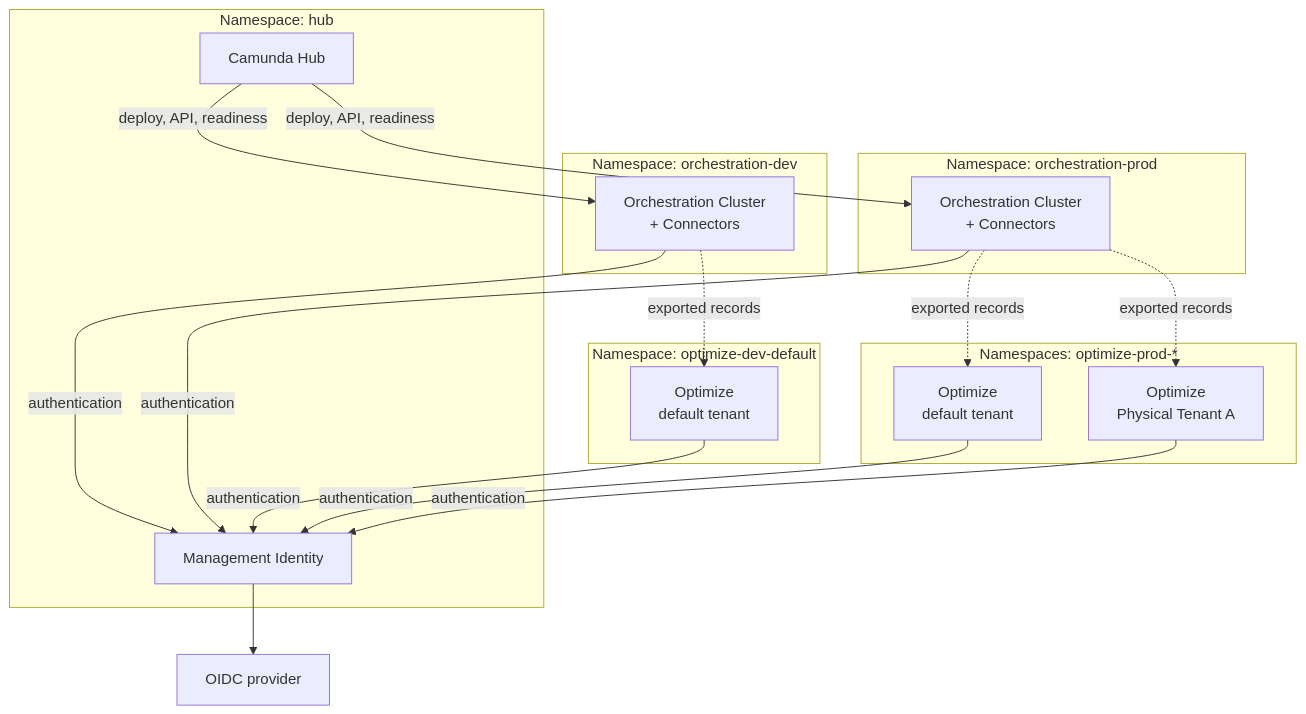
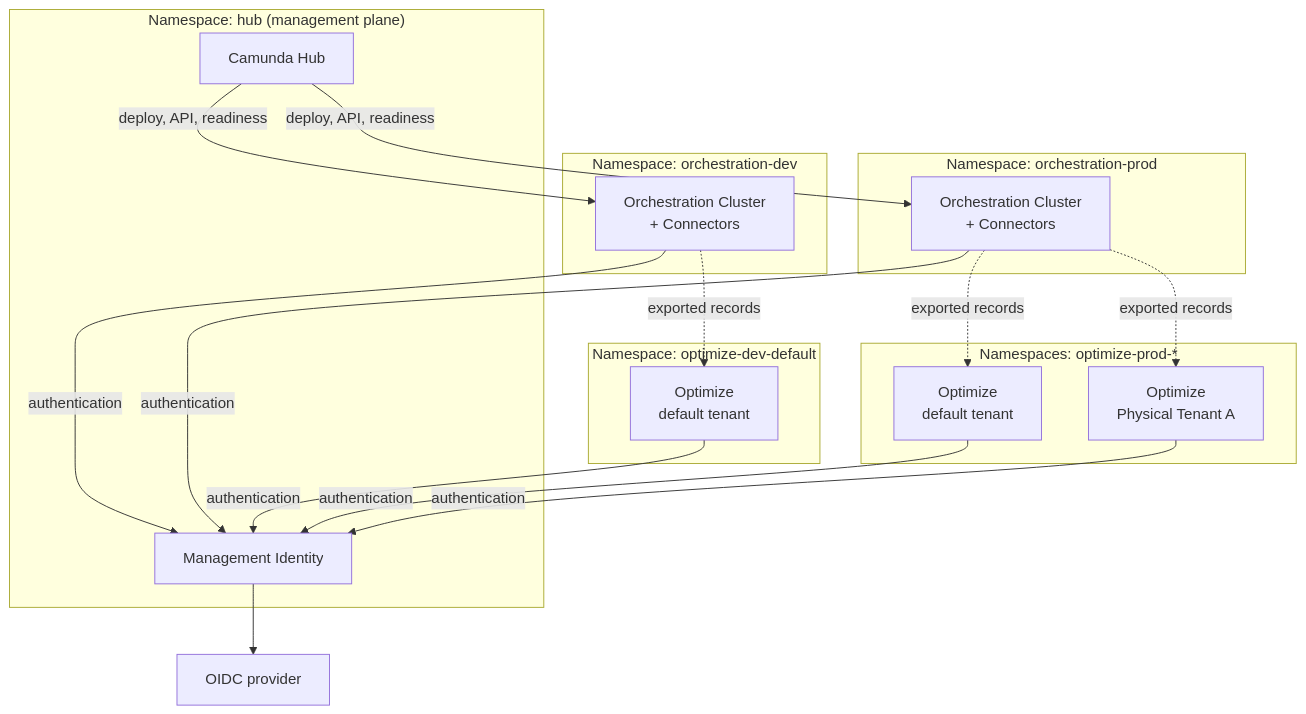
Before and after one commit to camunda/camunda-docs: the diagram in docs/self-managed/reference-architecture/kubernetes.md, drawn with Mermaid. The commit also changed other lines of this file and 3 other files, not shown here.

Commit message:
docs(self-managed): use management plane terminology in reference architecture

````diff
--- a/docs/self-managed/reference-architecture/kubernetes.md
+++ b/docs/self-managed/reference-architecture/kubernetes.md
@@ -125,33 +125,33 @@
 ```mermaid
 graph TD
-    subgraph hub["Namespace: hub"]
+    subgraph hub["Namespace: hub (management plane)"]
         CH["Camunda Hub"]
         MI["Management Identity"]
     end
     subgraph ocdev["Namespace: orchestration-dev"]
         OCD["Orchestration Cluster<br/>+ Connectors"]
     end
     subgraph ocprod["Namespace: orchestration-prod"]
         OCP["Orchestration Cluster<br/>+ Connectors"]
     end
     subgraph optdev["Namespace: optimize-dev-default"]
         OD["Optimize<br/>default tenant"]
     end
     subgraph optprod["Namespaces: optimize-prod-*"]
         OP1["Optimize<br/>default tenant"]
         OP2["Optimize<br/>Physical Tenant A"]
     end
     IdP["OIDC provider"]
 
     CH -- "deploy, API, readiness" --> OCD
     CH -- "deploy, API, readiness" --> OCP
     OCD -. "exported records" .-> OD
     OCP -. "exported records" .-> OP1
     OCP -. "exported records" .-> OP2
     OCD -- "authentication" --> MI
     OCP -- "authentication" --> MI
     OD -- "authentication" --> MI
     OP1 -- "authentication" --> MI
     OP2 -- "authentication" --> MI
     MI --> IdP
 ```
````
